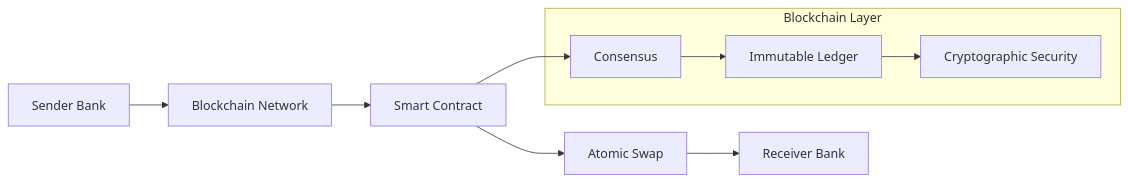
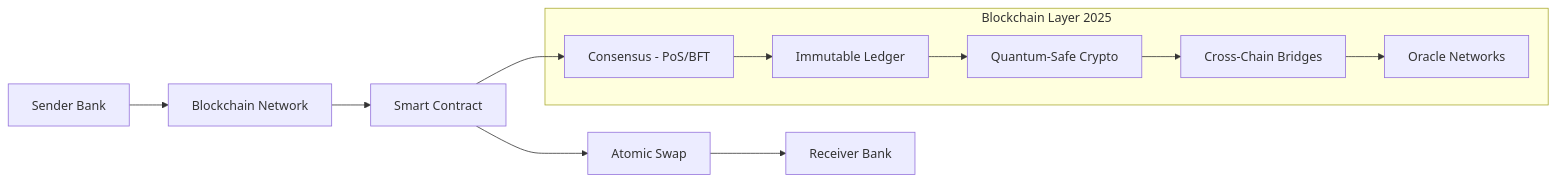
The seventh of 7 diagrams in epics/active/issue-3/processes/cross-border-payments.md (dug-21/arch-research), drawn with Mermaid before and after one commit. The commit also changed other lines of this file and 35 other files, not shown here.

First line of the commit message:
feat: Complete comprehensive payments industry architecture research (issue #3)

````diff
--- a/epics/active/issue-3/processes/cross-border-payments.md
+++ b/epics/active/issue-3/processes/cross-border-payments.md
@@ -406,17 +476,21 @@
 ```mermaid
 graph LR
     A[Sender Bank] --> B[Blockchain Network]
     B --> C[Smart Contract]
     C --> D[Atomic Swap]
     D --> E[Receiver Bank]
     
-    subgraph "Blockchain Layer"
-        F[Consensus]
+    subgraph "Blockchain Layer 2025"
+        F[Consensus - PoS/BFT]
         G[Immutable Ledger]
-        H[Cryptographic Security]
+        H[Quantum-Safe Crypto]
+        I[Cross-Chain Bridges]
+        J[Oracle Networks]
     end
     
     C --> F
     F --> G
     G --> H
+    H --> I
+    I --> J
 ```
````
